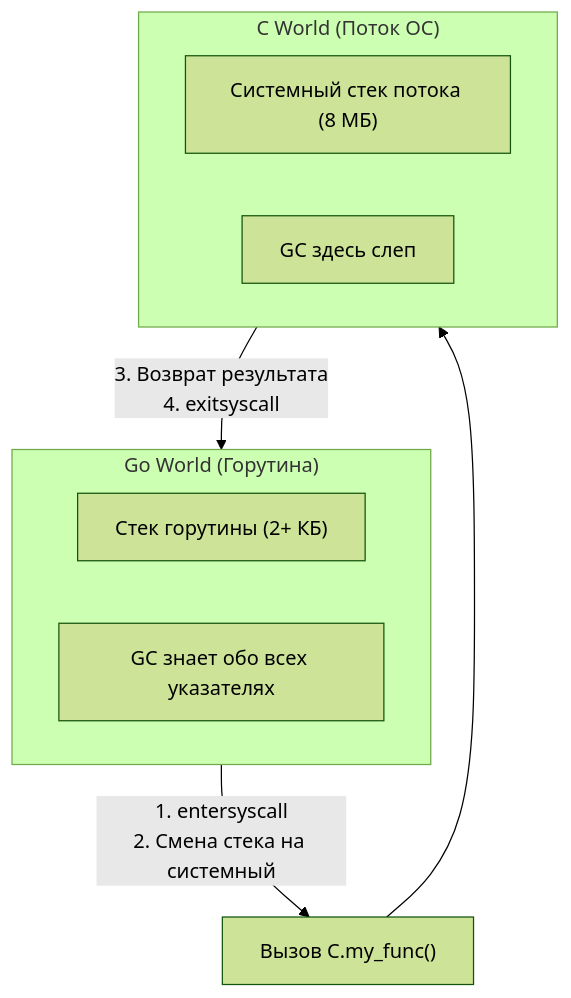
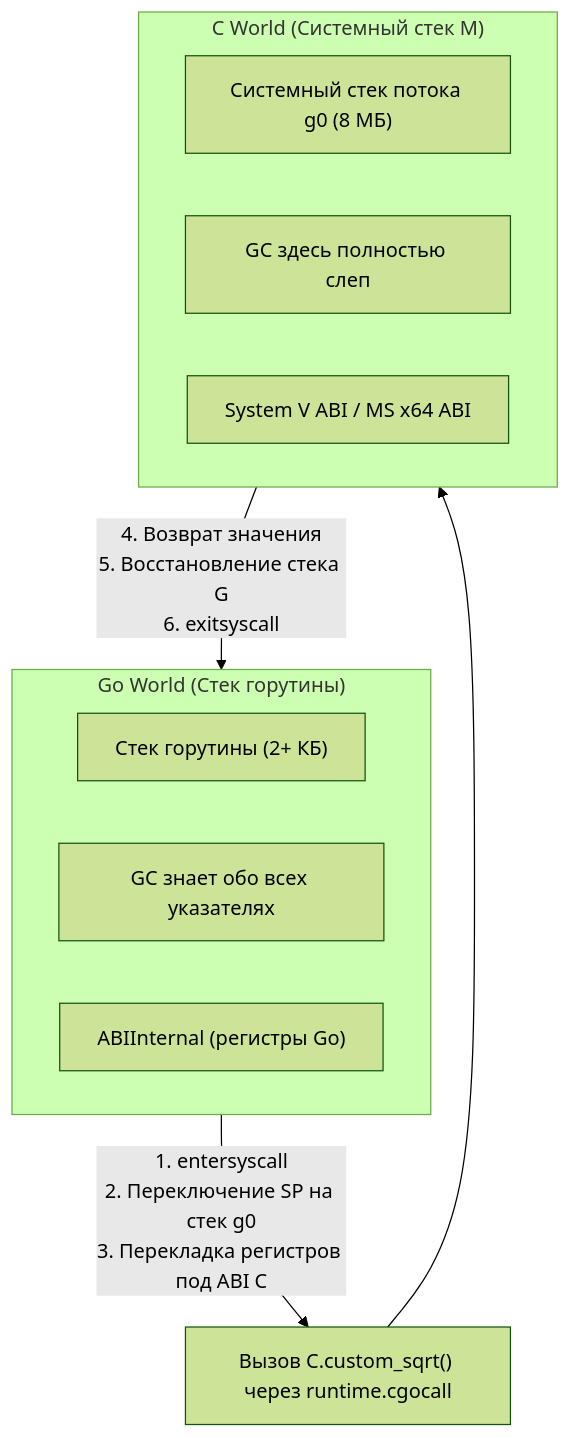
One commit to UnrealTemplier/go-textbook changed the diagram in sources/7. Глубокий Go (Внутреннее устройство)/41. cgo. Как Go взаимодействует с C.md. Above: the diagram before and after it, drawn with Mermaid (forest theme). The commit also changed other lines of this file, not shown here.

````diff
--- a/sources/7. Глубокий Go (Внутреннее устройство)/41. cgo. Как Go взаимодействует с C.md
+++ b/sources/7. Глубокий Go (Внутреннее устройство)/41. cgo. Как Go взаимодействует с C.md
@@ -55,18 +60,20 @@
 ```mermaid
 flowchart TD
-    subgraph GO_WORLD ["Go World (Горутина)"]
+    subgraph GO_WORLD ["Go World (Стек горутины)"]
         G_STACK["Стек горутины (2+ КБ)"]
         GC["GC знает обо всех указателях"]
+        ABI_GO["ABIInternal (регистры Go)"]
     end
     
-    subgraph C_WORLD ["C World (Поток ОС)"]
-        C_STACK["Системный стек потока (8 МБ)"]
-        NO_GC["GC здесь слеп"]
+    subgraph C_WORLD ["C World (Системный стек M)"]
+        C_STACK["Системный стек потока g0 (8 МБ)"]
+        NO_GC["GC здесь полностью слеп"]
+        ABI_C["System V ABI / MS x64 ABI"]
     end
     
-    CALL_C["Вызов C.my_func()"]
+    CALL_C["Вызов C.custom_sqrt() через runtime.cgocall"]
     
-    GO_WORLD -->|1. entersyscall<br>2. Смена стека на системный| CALL_C
+    GO_WORLD -->|"1. entersyscall<br>2. Переключение SP на стек g0<br>3. Перекладка регистров под ABI C"| CALL_C
     CALL_C --> C_WORLD
-    C_WORLD -->|3. Возврат результата<br>4. exitsyscall| GO_WORLD
+    C_WORLD -->|"4. Возврат значения<br>5. Восстановление стека G<br>6. exitsyscall"| GO_WORLD
 ```
````
